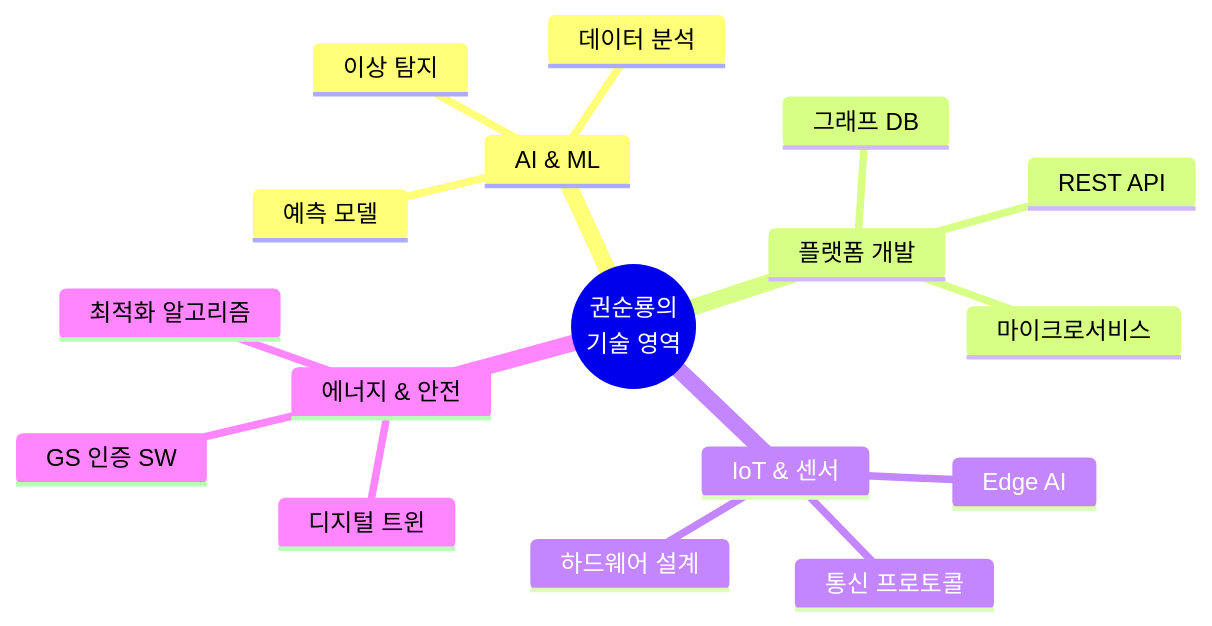
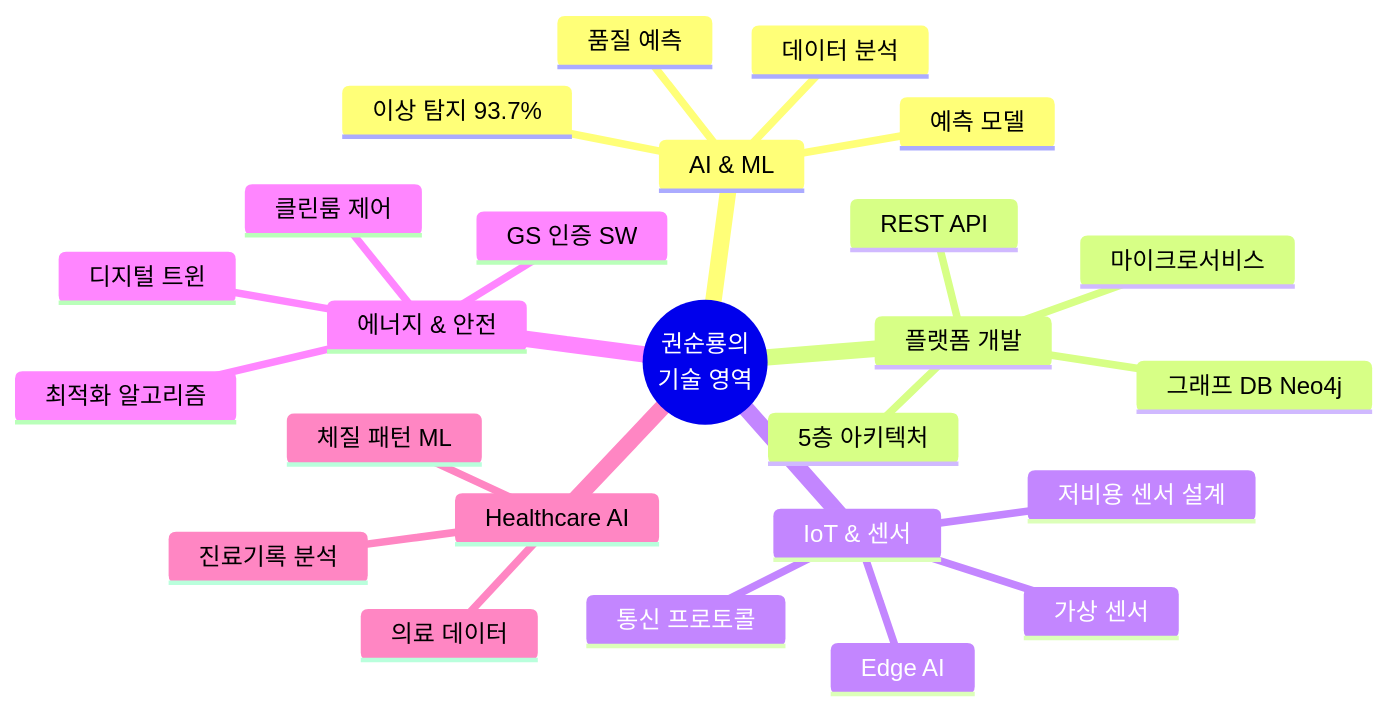
One commit to moobaek/Testing_AI_agents_for_public_use changed the fourth of 4 diagrams in portfolio/portfolio_docs/Executive_Summary/00_Overview_For_Non_Technical.md. Above: the diagram before and after it, drawn with Mermaid. The commit also changed other lines of this file and 16 other files, not shown here.

First line of the commit message:
포트폴리오 문서 업데이트: GS 인증 정보 수정, Mermaid 다이어그램 옵시디언 호환성 개선, 개인 프로필 추가

````diff
--- a/portfolio/portfolio_docs/Executive_Summary/00_Overview_For_Non_Technical.md
+++ b/portfolio/portfolio_docs/Executive_Summary/00_Overview_For_Non_Technical.md
@@ -119,20 +143,28 @@
 ```mermaid
 mindmap
   root(("권순룡의<br/>기술 영역"))
     AI & ML
-      이상 탐지
+      이상 탐지 93.7%
+      품질 예측
       데이터 분석
       예측 모델
     플랫폼 개발
       마이크로서비스
-      그래프 DB
+      그래프 DB Neo4j
       REST API
+      5층 아키텍처
     IoT & 센서
       Edge AI
+      가상 센서
       통신 프로토콜
-      하드웨어 설계
+      저비용 센서 설계
     에너지 & 안전
       최적화 알고리즘
       디지털 트윈
+      클린룸 제어
       GS 인증 SW
+    Healthcare AI
+      진료기록 분석
+      체질 패턴 ML
+      의료 데이터
 ```
````
